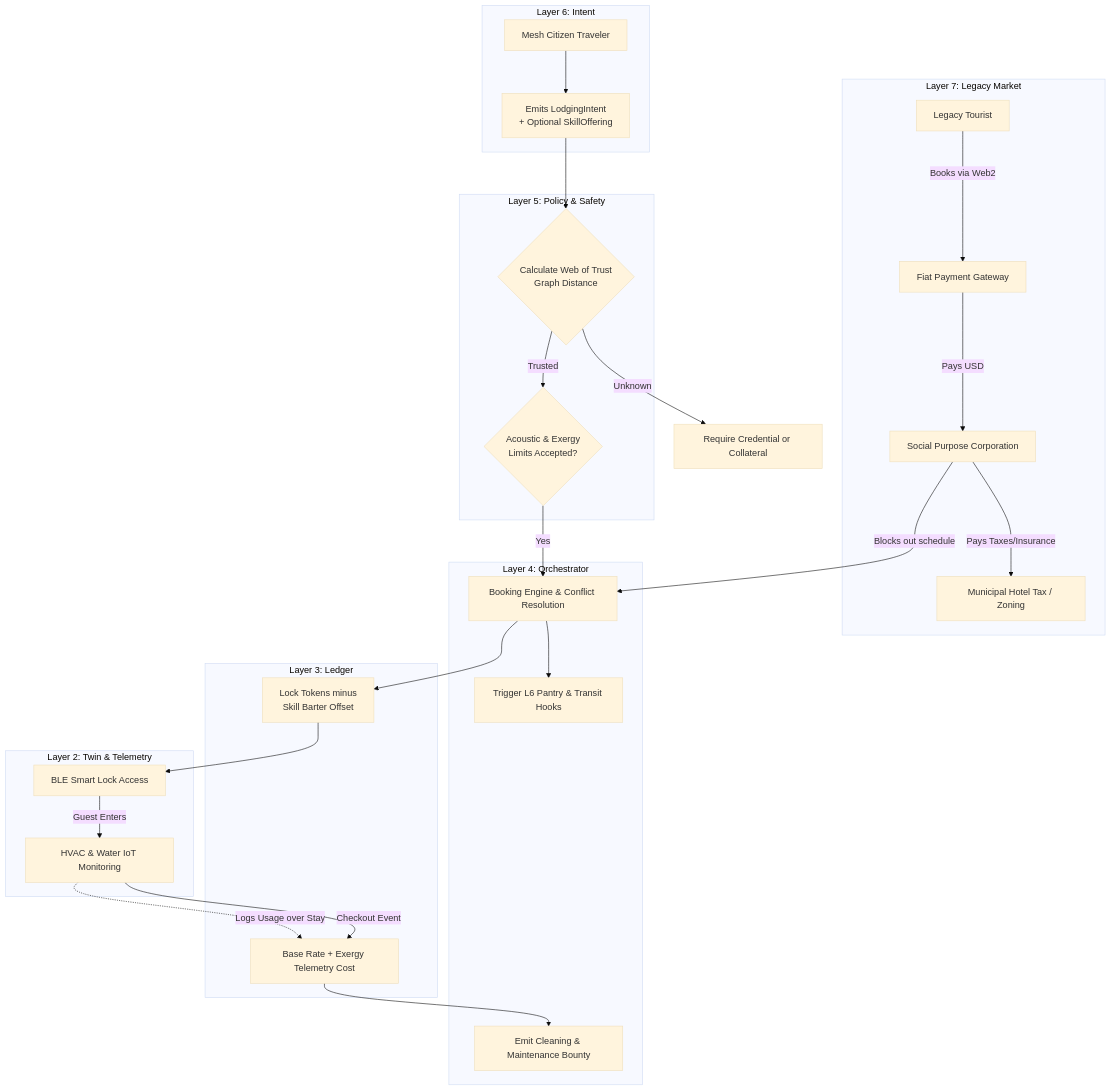
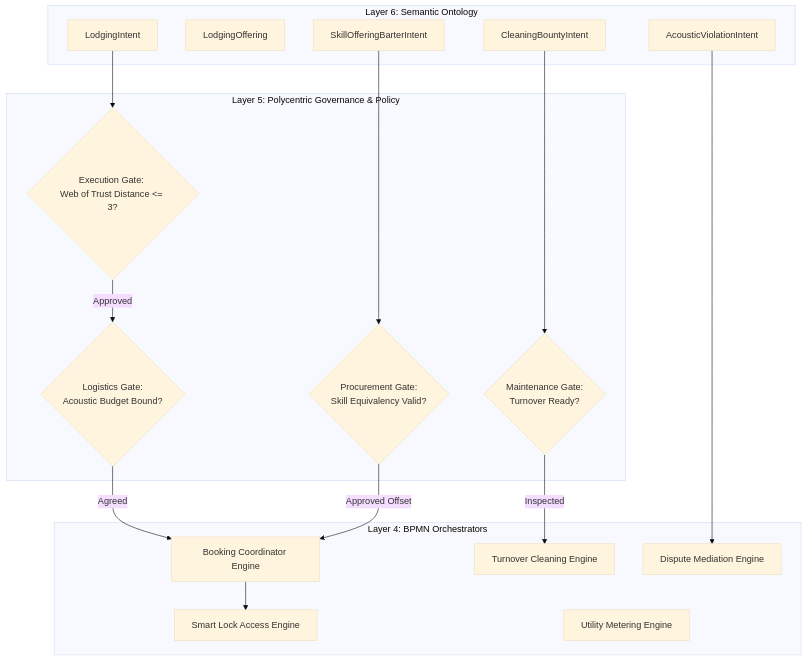
One commit to raffaine/collective changed the third of 4 diagrams in docs/scenarios/zeta_lodging.md. Above: the diagram before and after it, drawn with Mermaid (base theme). The commit also changed other lines of this file and 62 other files, not shown here.

First line of the commit message:
feat(sprint-1): Oasis V4 WebGPU Engine & Sovereign Stack V2 Architecture

````diff
--- a/docs/scenarios/zeta_lodging.md
+++ b/docs/scenarios/zeta_lodging.md
@@ -49,57 +113,39 @@
 ```mermaid
 graph TD
-    subgraph Layer 7: Legacy Market
-        Tourist[Legacy Tourist]
-        Stripe[Fiat Payment Gateway]
-        SPC[Social Purpose Corporation]
-        Gov[Municipal Hotel Tax / Zoning]
+    subgraph Layer 6: Semantic Ontology
+        L6_Book[LodgingIntent]
+        L6_Offer[LodgingOffering]
+        L6_Barter[SkillOfferingBarterIntent]
+        L6_Clean[CleaningBountyIntent]
+        L6_Acoustic[AcousticViolationIntent]
     end
 
-    subgraph Layer 6: Intent
-        Traveler[Mesh Citizen Traveler]
-        Intent[Emits LodgingIntent <br> + Optional SkillOffering]
+    subgraph Layer 5: Polycentric Governance & Policy
+        P_Trust{Execution Gate: <br>Web of Trust Distance <= 3?}
+        P_Barter{Procurement Gate: <br>Skill Equivalency Valid?}
+        P_Clean{Maintenance Gate: <br>Turnover Ready?}
+        P_Noise{Logistics Gate: <br>Acoustic Budget Bound?}
     end
 
-    subgraph Layer 5: Policy & Safety
-        GraphCheck{Calculate Web of Trust <br> Graph Distance}
-        RulesCheck{Acoustic & Exergy <br> Limits Accepted?}
+    subgraph Layer 4: BPMN Orchestrators
+        BPMN_Book[Booking Coordinator Engine]
+        BPMN_Access[Smart Lock Access Engine]
+        BPMN_Clean[Turnover Cleaning Engine]
+        BPMN_Meter[Utility Metering Engine]
+        BPMN_Mediate[Dispute Mediation Engine]
     end
 
-    subgraph Layer 4: Orchestrator
-        BPMN[Booking Engine & Conflict Resolution]
-        Hooks[Trigger L6 Pantry & Transit Hooks]
-        CleanBounty[Emit Cleaning & Maintenance Bounty]
-    end
-
-    subgraph Layer 3: Ledger
-        Escrow[Lock Tokens minus <br> Skill Barter Offset]
-        Settle[Base Rate + Exergy Telemetry Cost]
-    end
-
-    subgraph Layer 2: Twin & Telemetry
-        Lock[BLE Smart Lock Access]
-        Sensors[HVAC & Water IoT Monitoring]
-    end
-
-    %% Legacy Flow
-    Tourist -->|Books via Web2| Stripe
-    Stripe -->|Pays USD| SPC
-    SPC -->|Pays Taxes/Insurance| Gov
-    SPC -->|Blocks out schedule| BPMN
-
-    %% Sovereign Flow
-    Traveler --> Intent
-    Intent --> GraphCheck
-    GraphCheck -->|Trusted| RulesCheck
-    GraphCheck -->|Unknown| Block[Require Credential or Collateral]
-    RulesCheck -->|Yes| BPMN
+    %% Routing
+    L6_Book --> P_Trust
+    P_Trust -->|Approved| P_Noise
+    P_Noise -->|Agreed| BPMN_Book
+    BPMN_Book --> BPMN_Access
     
-    BPMN --> Hooks
-    BPMN --> Escrow
-    Escrow --> Lock
-    Lock -->|Guest Enters| Sensors
-    Sensors -.->|Logs Usage over Stay| Settle
+    L6_Barter --> P_Barter
+    P_Barter -->|Approved Offset| BPMN_Book
     
-    Sensors -->|Checkout Event| Settle
-    Settle --> CleanBounty
+    L6_Clean --> P_Clean
+    P_Clean -->|Inspected| BPMN_Clean
+    
+    L6_Acoustic --> BPMN_Mediate
 ```
````
